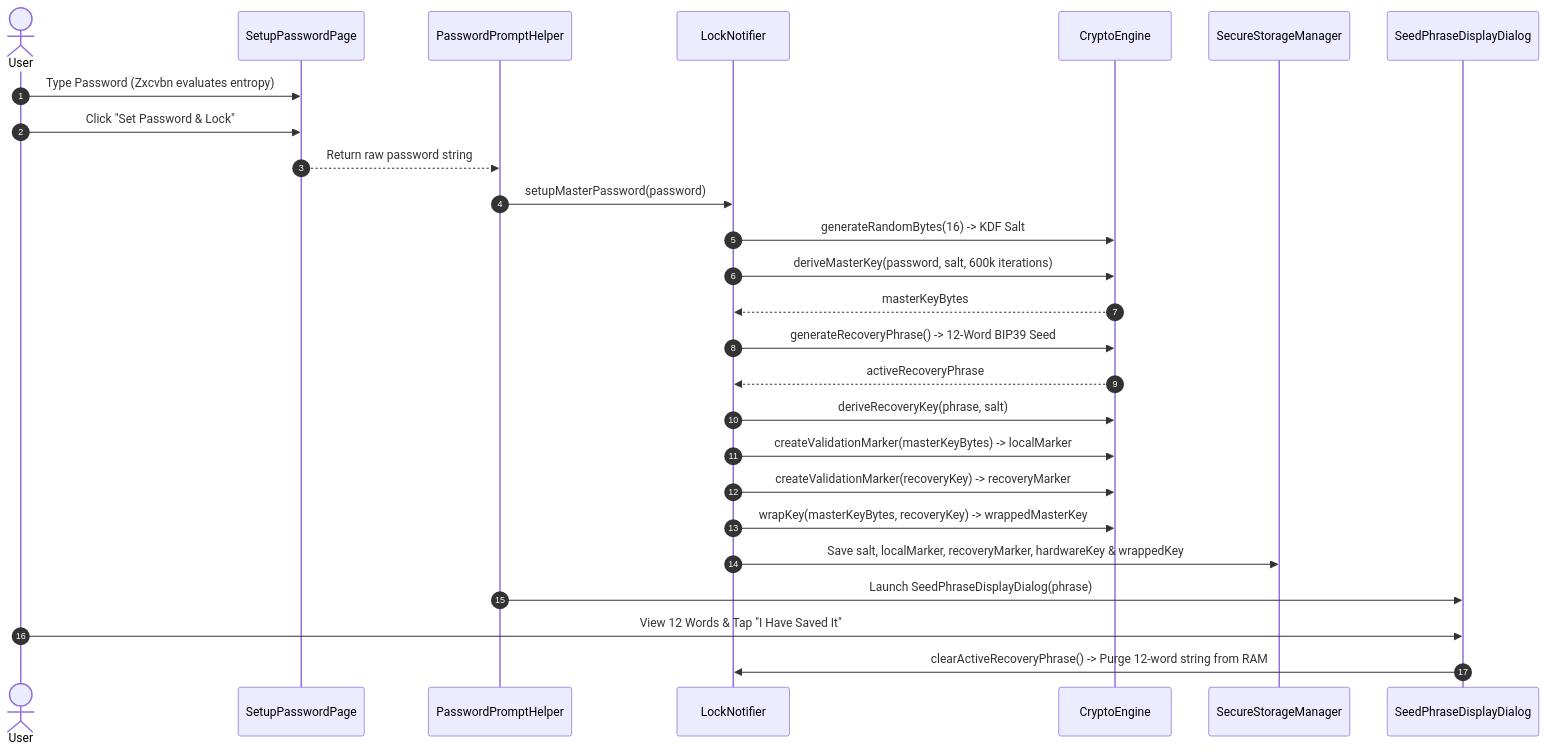
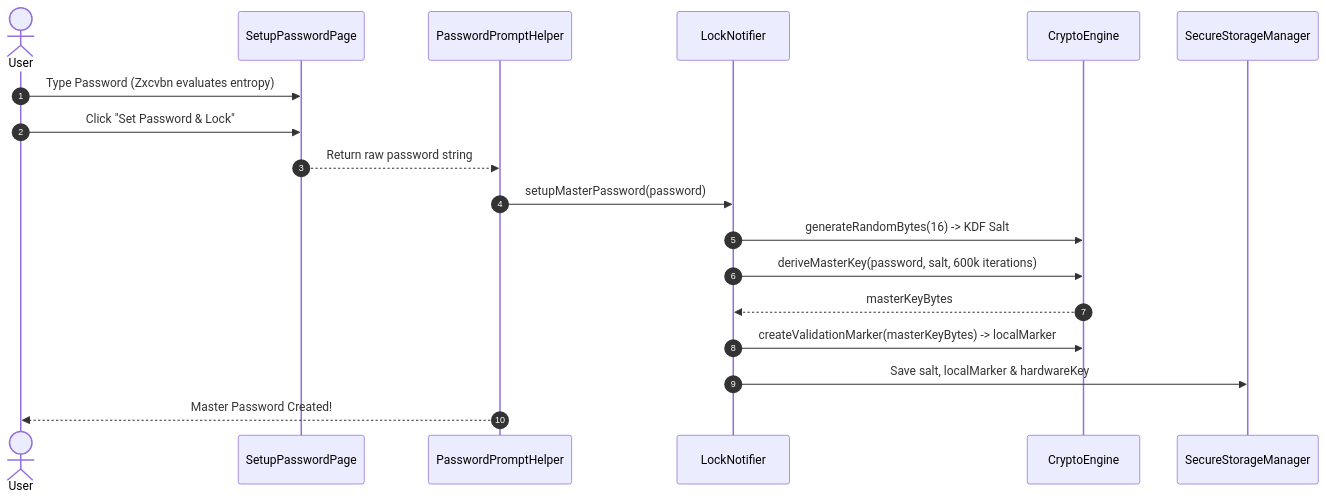
Before and after one commit to AshwaniDev101/Flutter-App-NoteIt: the first of 5 diagrams in README.md, drawn with Mermaid. The commit also changed other lines of this file and 13 other files, not shown here.

````diff
--- a/README.md
+++ b/README.md
@@ -147,29 +145,21 @@
 ```mermaid
 sequenceDiagram
     autonumber
     actor User as User
     participant Page as SetupPasswordPage
     participant Helper as PasswordPromptHelper
     participant Lock as LockNotifier
     participant Crypto as CryptoEngine
     participant Secure as SecureStorageManager
-    participant Dialog as SeedPhraseDisplayDialog
 
     User->>Page: Type Password (Zxcvbn evaluates entropy)
     User->>Page: Click "Set Password & Lock"
     Page-->>Helper: Return raw password string
     Helper->>Lock: setupMasterPassword(password)
     Lock->>Crypto: generateRandomBytes(16) -> KDF Salt
     Lock->>Crypto: deriveMasterKey(password, salt, 600k iterations)
     Crypto-->>Lock: masterKeyBytes
-    Lock->>Crypto: generateRecoveryPhrase() -> 12-Word BIP39 Seed
-    Crypto-->>Lock: activeRecoveryPhrase
-    Lock->>Crypto: deriveRecoveryKey(phrase, salt)
     Lock->>Crypto: createValidationMarker(masterKeyBytes) -> localMarker
-    Lock->>Crypto: createValidationMarker(recoveryKey) -> recoveryMarker
-    Lock->>Crypto: wrapKey(masterKeyBytes, recoveryKey) -> wrappedMasterKey
-    Lock->>Secure: Save salt, localMarker, recoveryMarker, hardwareKey & wrappedKey
-    Helper->>Dialog: Launch SeedPhraseDisplayDialog(phrase)
-    User->>Dialog: View 12 Words & Tap "I Have Saved It"
-    Dialog->>Lock: clearActiveRecoveryPhrase() -> Purge 12-word string from RAM
+    Lock->>Secure: Save salt, localMarker & hardwareKey
+    Helper-->>User: Master Password Created!
 ```
````
